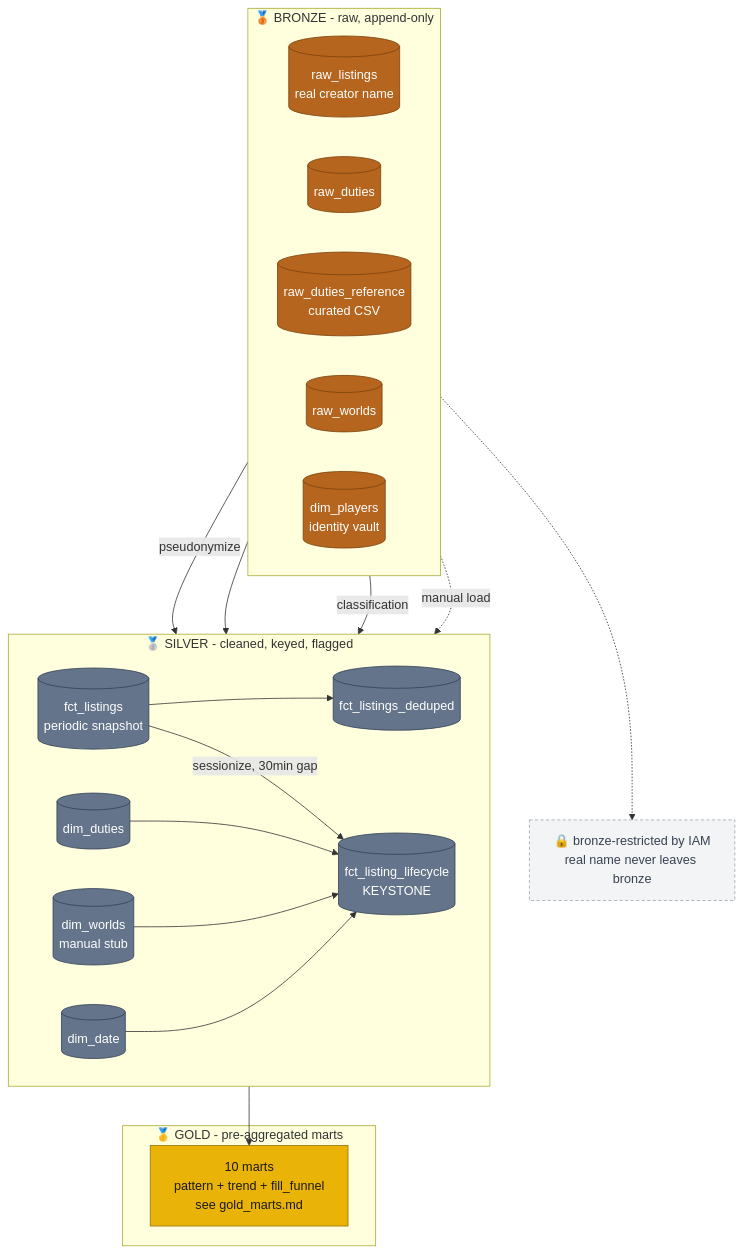
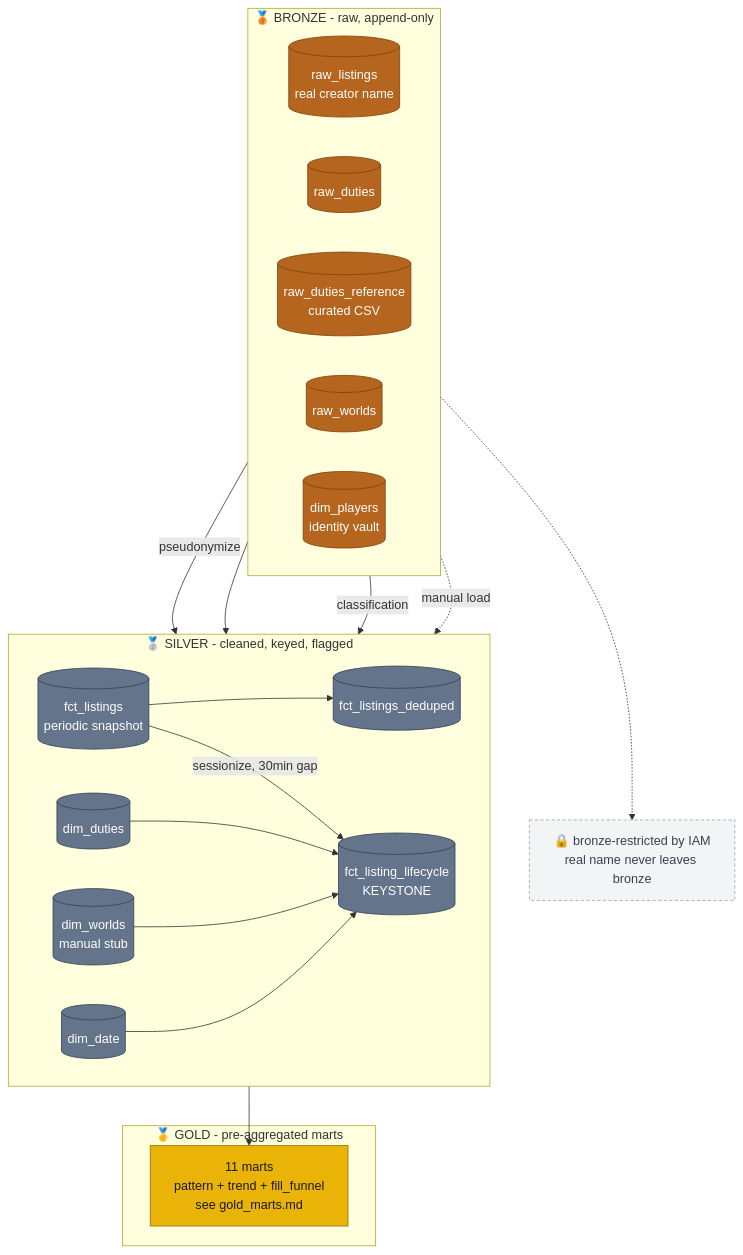
The second of 2 diagrams in docs/data_flow.md (abdulrahman-khan/ff14-partyfinder-analytics), drawn with Mermaid before and after one commit. The commit also changed other lines of this file and 3 other files, not shown here.

````diff
--- a/docs/data_flow.md
+++ b/docs/data_flow.md
@@ -39,44 +39,44 @@
 ```mermaid
 flowchart TD
     classDef bronze fill:#b5651d,stroke:#7a430f,color:#fff
     classDef silver fill:#64748b,stroke:#334155,color:#fff
     classDef gold fill:#eab308,stroke:#92710a,color:#1a1a1a
     classDef note fill:#f3f4f6,stroke:#9ca3af,stroke-dasharray: 4 3,color:#374151
 
     subgraph BronzeLayer["🥉 BRONZE - raw, append-only"]
         direction LR
         B_listings[("raw_listings<br/>real creator name")]:::bronze
         B_duties[("raw_duties")]:::bronze
         B_duties_ref[("raw_duties_reference<br/>curated CSV")]:::bronze
         B_worlds[("raw_worlds")]:::bronze
         B_players[("dim_players<br/>identity vault")]:::bronze
     end
     PrivacyNote["🔒 bronze-restricted by IAM<br/>real name never leaves bronze"]:::note
     B_players -.-> PrivacyNote
 
     subgraph SilverLayer["🥈 SILVER - cleaned, keyed, flagged"]
         direction LR
         S_fct[("fct_listings<br/>periodic snapshot")]:::silver
         S_dedup[("fct_listings_deduped")]:::silver
         S_lifecycle[("fct_listing_lifecycle<br/>KEYSTONE")]:::silver
         S_dim_duties[("dim_duties")]:::silver
         S_dim_worlds[("dim_worlds<br/>manual stub")]:::silver
         S_dim_date[("dim_date")]:::silver
     end
 
     subgraph GoldLayer["🥇 GOLD - pre-aggregated marts"]
-        G["10 marts<br/>pattern + trend + fill_funnel<br/>see gold_marts.md"]:::gold
+        G["11 marts<br/>pattern + trend + fill_funnel<br/>see gold_marts.md"]:::gold
     end
 
     B_listings -->|pseudonymize| S_fct
     B_duties --> S_dim_duties
     B_duties_ref -->|classification| S_dim_duties
     B_worlds -.->|manual load| S_dim_worlds
 
     S_fct --> S_dedup
     S_fct -->|sessionize, 30min gap| S_lifecycle
     S_dim_duties --> S_lifecycle
     S_dim_worlds --> S_lifecycle
     S_dim_date --> S_lifecycle
     S_lifecycle --> G
 ```
````
